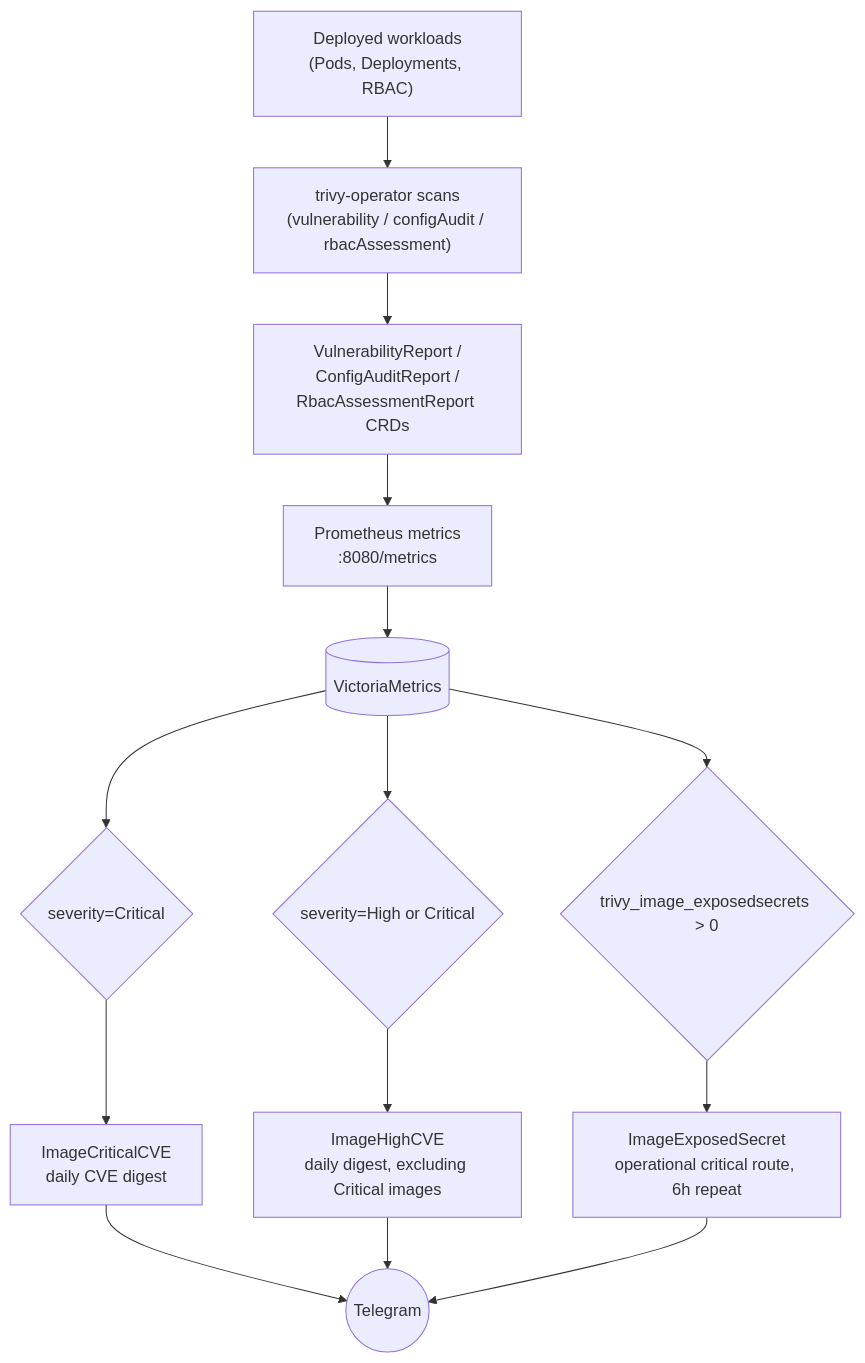
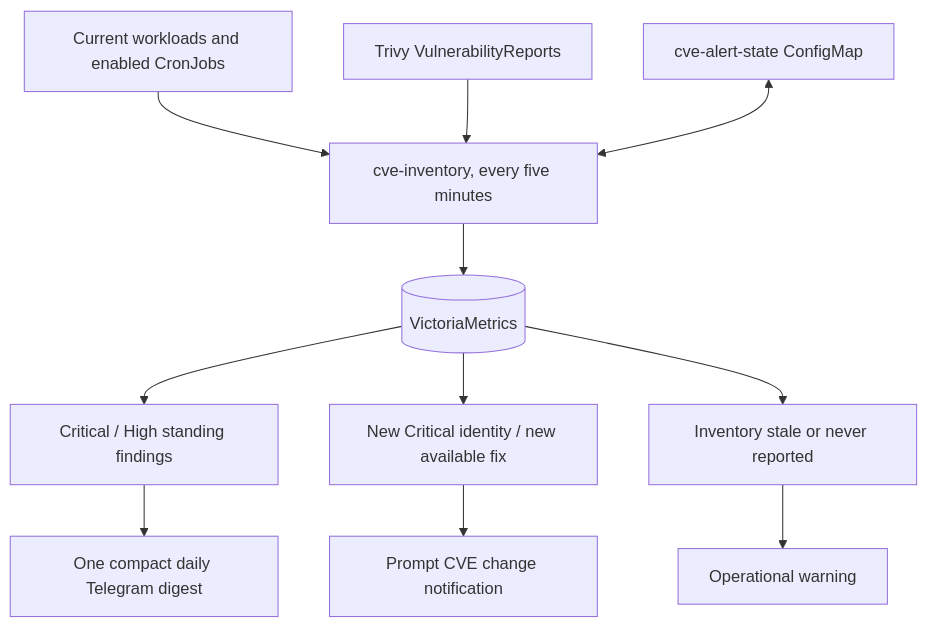
The second of 3 diagrams in docs/renovate-trivy-flow.md (bibAtWork/Edge_GitOps), drawn with Mermaid before and after one commit. The commit also changed other lines of this file and 11 other files, not shown here.

First line of the commit message:
feat(alerting): detect scoped CVE identity and remediation changes

````diff
--- a/docs/renovate-trivy-flow.md
+++ b/docs/renovate-trivy-flow.md
@@ -149,19 +150,13 @@
 ```mermaid
 flowchart TD
-    N["Deployed workloads\n(Pods, Deployments, RBAC)"] --> O["trivy-operator scans\n(vulnerability / configAudit / rbacAssessment)"]
-    O --> P["VulnerabilityReport /\nConfigAuditReport /\nRbacAssessmentReport CRDs"]
-    P --> Q["Prometheus metrics\n:8080/metrics"]
-    Q --> R[("VictoriaMetrics")]
-
-    R --> S1{"severity=Critical"}
-    R --> S2{"severity=High or Critical"}
-    R --> S3{"trivy_image_exposedsecrets > 0"}
-
-    S1 --> T1["ImageCriticalCVE\ndaily CVE digest"]
-    S2 --> T2["ImageHighCVE\ndaily digest, excluding Critical images"]
-    S3 --> T3["ImageExposedSecret\noperational critical route, 6h repeat"]
-
-    T1 --> W(("Telegram"))
-    T2 --> W
-    T3 --> W
+    W["Current workloads and enabled CronJobs"] --> C["cve-inventory, every five minutes"]
+    T["Trivy VulnerabilityReports"] --> C
+    B["cve-alert-state ConfigMap"] <--> C
+    C --> V[("VictoriaMetrics")]
+    V --> D["Critical / High standing findings"]
+    D --> N["One compact daily Telegram digest"]
+    V --> E["New Critical identity / new available fix"]
+    E --> P["Prompt CVE change notification"]
+    V --> H["Inventory stale or never reported"]
+    H --> O["Operational warning"]
 ```
````
